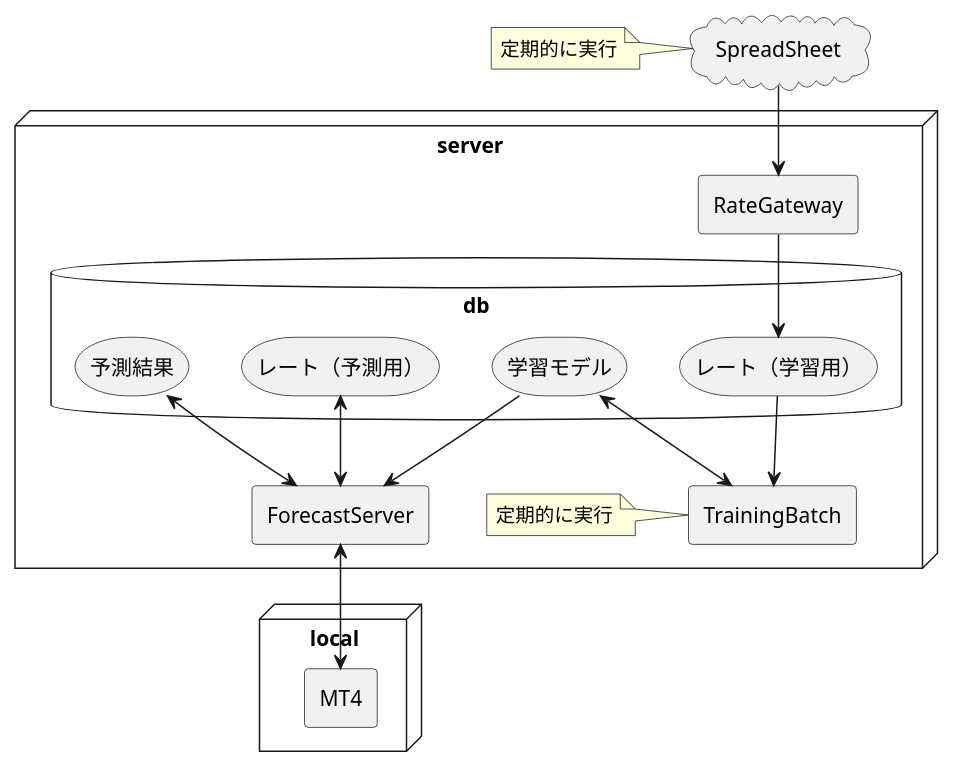
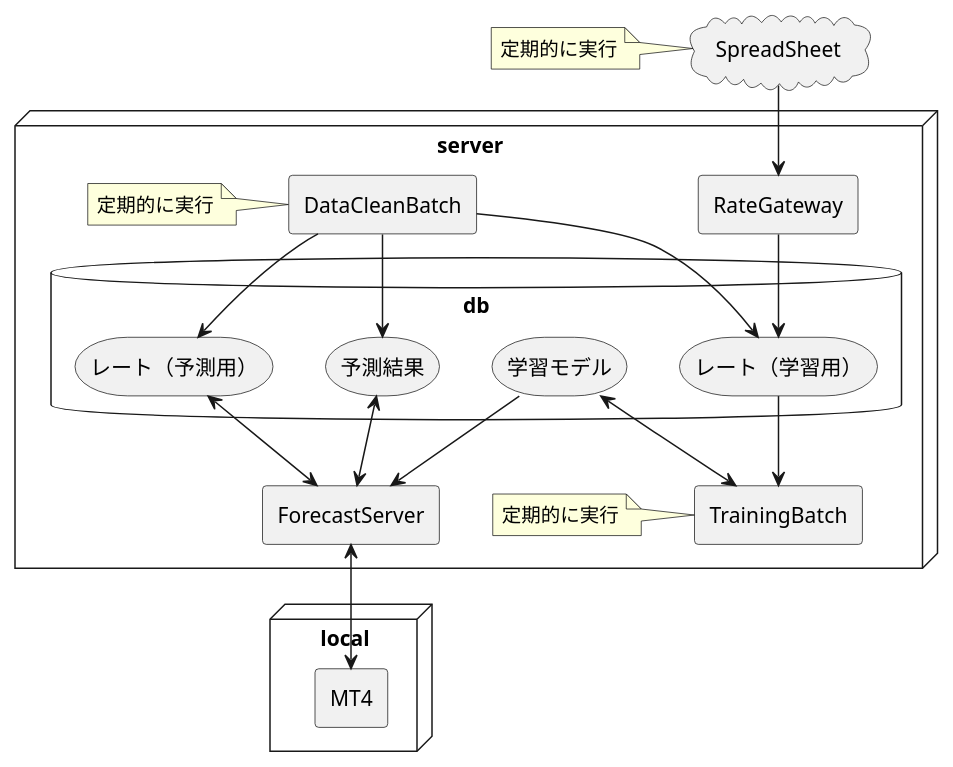
One commit to canpok1/bin-option-rust changed the diagram in docs/overview.plantuml. Above: the diagram before and after it, drawn with PlantUML. The commit also changed 4 other files, not shown here.

Commit message:
DataCleanBatchを追加

```diff
--- a/docs/overview.plantuml
+++ b/docs/overview.plantuml
@@ -1,51 +1,60 @@
 @startuml bin-option-rust
 
 cloud gas [
     SpreadSheet
 ]
 note left of gas
 定期的に実行
 end note
 
 node server {
     database db {
         storage models [
             学習モデル
         ]
         storage rates [
             レート（学習用）
         ]
         storage histories [
             レート（予測用）
         ]
         storage forecast [
             予測結果
         ]
     }
 
     agent ForecastServer
 
     agent RateGateway
 
     agent TrainingBatch
     note left of TrainingBatch
     定期的に実行
     end note
+
+    agent DataCleanBatch
+    note left of DataCleanBatch
+    定期的に実行
+    end note
 }
 
 node local {
     agent MT4
 }
 
 models --> ForecastServer
 histories <--> ForecastServer
 forecast <--> ForecastServer
 ForecastServer <--> MT4
 
 models <--> TrainingBatch
 rates -->TrainingBatch
 
 gas --> RateGateway
 RateGateway --> rates
 
+DataCleanBatch --> rates
+DataCleanBatch --> histories
+DataCleanBatch --> forecast
+
 @enduml
```
